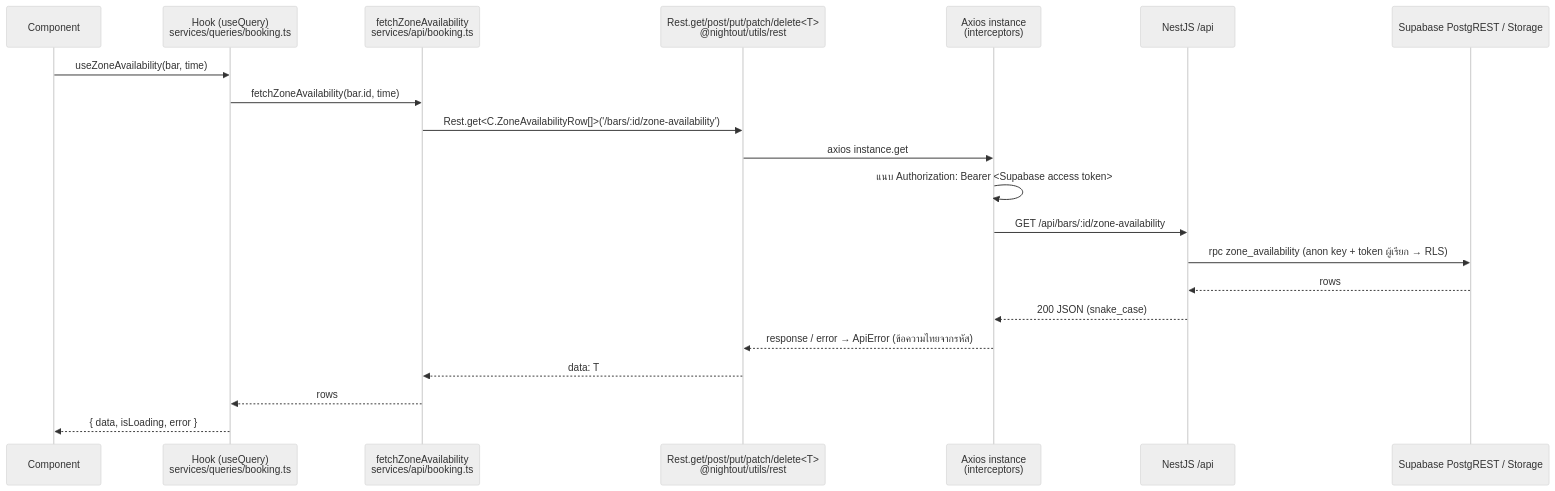
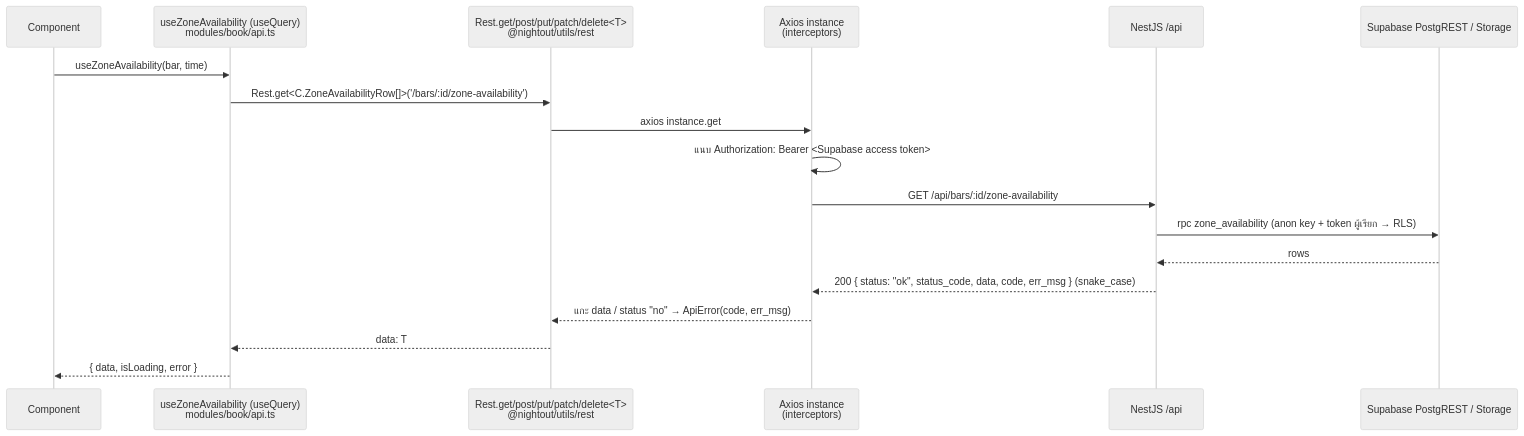
The second of 7 diagrams in docs/ARCHITECTURE.md (NightList/NightOut), drawn with Mermaid (neutral theme) before and after one commit. The commit also changed other lines of this file and 220 other files, not shown here.

````diff
--- a/docs/ARCHITECTURE.md
+++ b/docs/ARCHITECTURE.md
@@ -133,23 +135,20 @@
 ```mermaid
 sequenceDiagram
   participant C as Component
-  participant H as Hook (useQuery)<br/>services/queries/booking.ts
-  participant S as fetchZoneAvailability<br/>services/api/booking.ts
+  participant H as useZoneAvailability (useQuery)<br/>modules/book/api.ts
   participant R as Rest.get/post/put/patch/delete<T><br/>@nightout/utils/rest
   participant X as Axios instance<br/>(interceptors)
   participant API as NestJS /api
   participant DB as Supabase PostgREST / Storage
   C->>H: useZoneAvailability(bar, time)
-  H->>S: fetchZoneAvailability(bar.id, time)
-  S->>R: Rest.get<C.ZoneAvailabilityRow[]>('/bars/:id/zone-availability')
+  H->>R: Rest.get<C.ZoneAvailabilityRow[]>('/bars/:id/zone-availability')
   R->>X: axios instance.get
   X->>X: แนบ Authorization: Bearer <Supabase access token>
   X->>API: GET /api/bars/:id/zone-availability
   API->>DB: rpc zone_availability (anon key + token ผู้เรียก → RLS)
   DB-->>API: rows
-  API-->>X: 200 JSON (snake_case)
-  X-->>R: response / error → ApiError (ข้อความไทยจากรหัส)
-  R-->>S: data: T
-  S-->>H: rows
+  API-->>X: 200 { status: "ok", status_code, data, code, err_msg } (snake_case)
+  X-->>R: แกะ data / status "no" → ApiError(code, err_msg)
+  R-->>H: data: T
   H-->>C: { data, isLoading, error }
 ```
````
